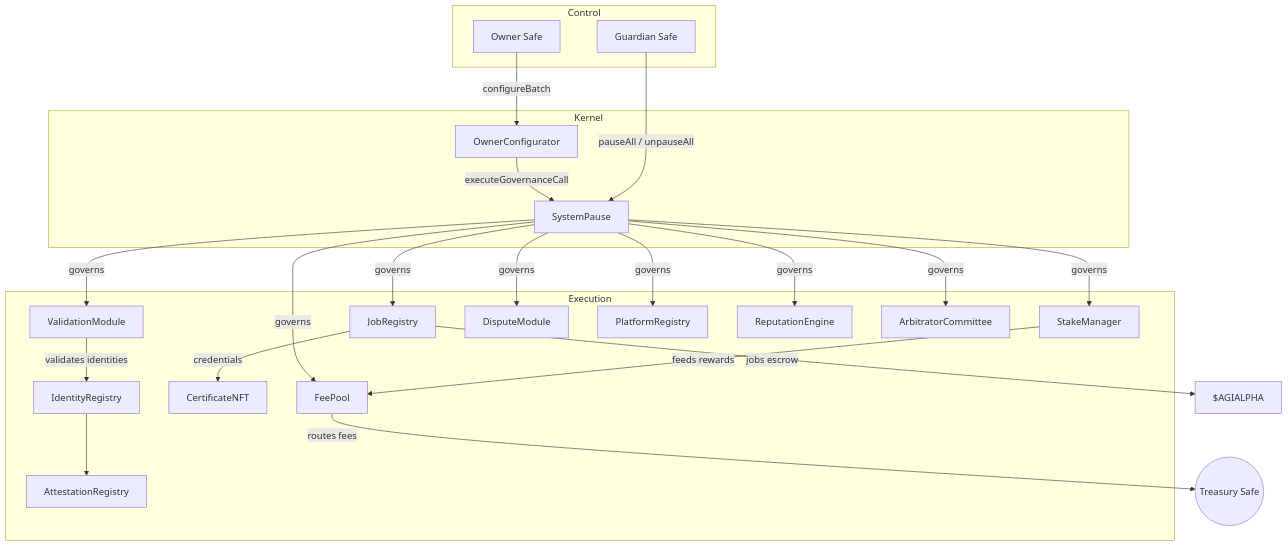
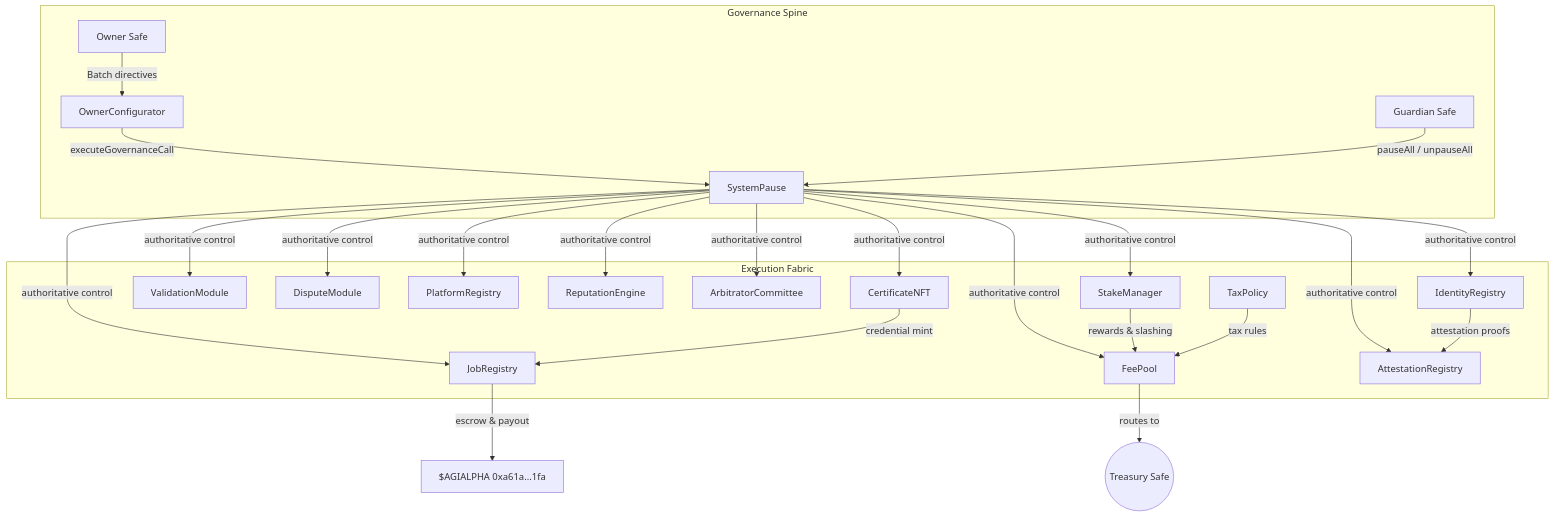
The first of 4 diagrams in deploy/README.md (MontrealAI/agijobs-sovereign-labor-v0p1), drawn with Mermaid before and after one commit. The commit also changed other lines of this file, not shown here.

````diff
--- a/deploy/README.md
+++ b/deploy/README.md
@@ -41,32 +32,34 @@
 ```mermaid
-flowchart TD
-    subgraph Control
+graph TB
+    subgraph Governance Spine
         A[Owner Safe]
         B[Guardian Safe]
+        C[OwnerConfigurator]
+        D[SystemPause]
     end
-    subgraph Kernel
-        C[SystemPause]
-        D[OwnerConfigurator]
-    end
-    subgraph Execution
+
+    subgraph Execution Fabric
         E[JobRegistry]
         F[StakeManager]
         G[ValidationModule]
         H[DisputeModule]
         I[FeePool]
         J[PlatformRegistry]
         K[ReputationEngine]
         L[ArbitratorCommittee]
         M[CertificateNFT]
         N[IdentityRegistry]
         O[AttestationRegistry]
+        P[TaxPolicy]
     end
 
-    A -->|configureBatch| D -->|executeGovernanceCall| C
-    B -->|pauseAll / unpauseAll| C
-    C -->|governs| E & F & G & H & I & J & K & L
-    E -->|credentials| M
-    G -->|validates identities| N --> O
-    F -->|feeds rewards| I -->|routes fees| Treasury((Treasury Safe))
-    E -->|jobs escrow| $AGIALPHA
+    A -->|Batch directives| C
+    C -->|executeGovernanceCall| D
+    B -->|pauseAll / unpauseAll| D
+    D -->|authoritative control| E & F & G & H & I & J & K & L & M & N & O
+    F -->|rewards & slashing| I -->|routes to| Treasury((Treasury Safe))
+    E -->|escrow & payout| Token[$AGIALPHA 0xa61a...1fa]
+    N -->|attestation proofs| O
+    M -->|credential mint| E
+    P -->|tax rules| I
 ```
````
